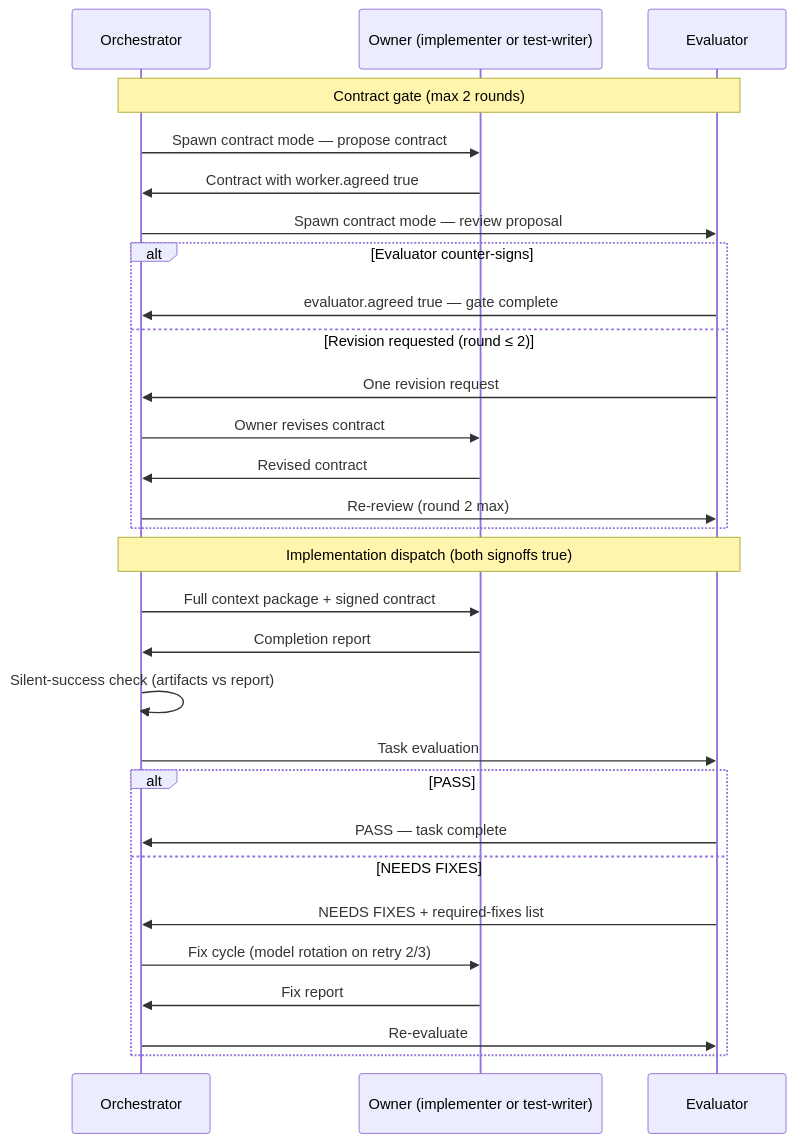
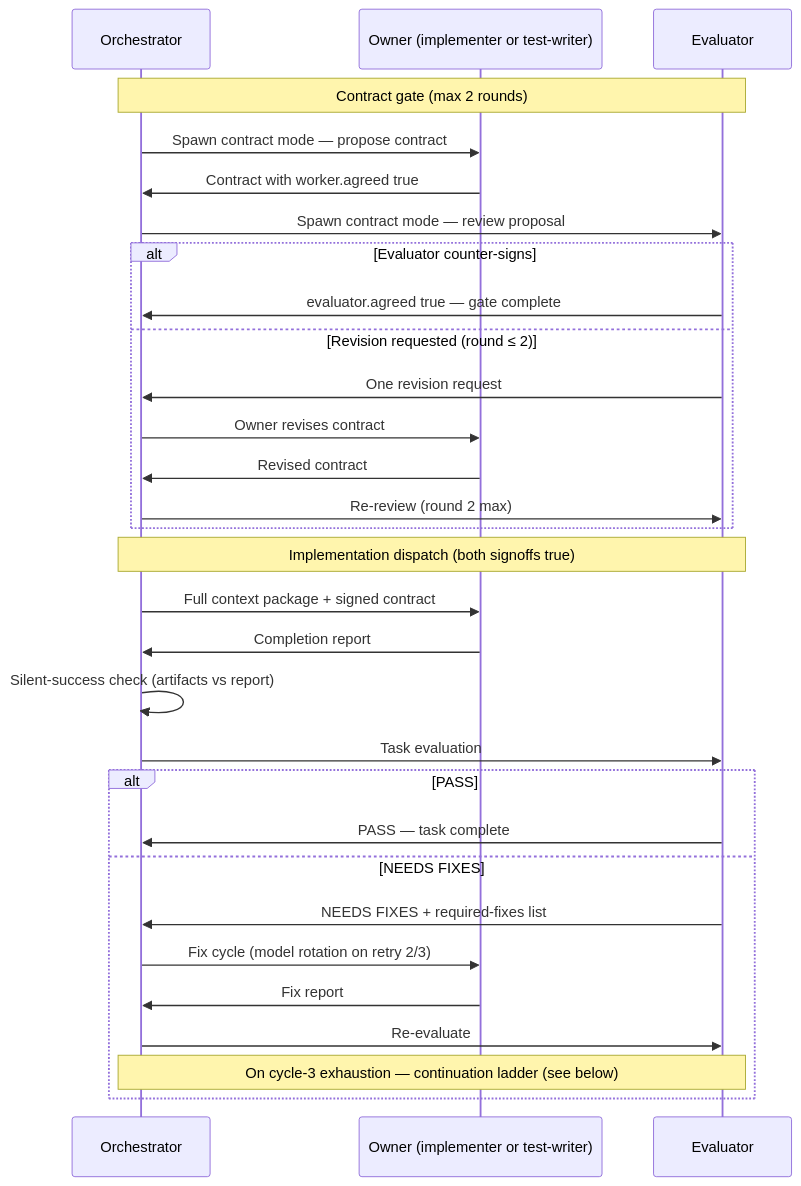
One commit to kdcllc/skills changed the second of 2 diagrams in docs/guide/feature-workflow.md. Above: the diagram before and after it, drawn with Mermaid. The commit also changed other lines of this file and 7 other files, not shown here.

First line of the commit message:
docs: Update documentation for kit v0.20.0 — introduce six subagents, Phase 4 continuation ladder, and failure-class taxonomy

````diff
--- a/docs/guide/feature-workflow.md
+++ b/docs/guide/feature-workflow.md
@@ -79,33 +83,34 @@
 ```mermaid
 sequenceDiagram
     participant O as Orchestrator
     participant W as Owner (implementer or test-writer)
     participant E as Evaluator
 
     Note over O,E: Contract gate (max 2 rounds)
     O->>W: Spawn contract mode — propose contract
     W->>O: Contract with worker.agreed true
     O->>E: Spawn contract mode — review proposal
     alt Evaluator counter-signs
         E->>O: evaluator.agreed true — gate complete
     else Revision requested (round ≤ 2)
         E->>O: One revision request
         O->>W: Owner revises contract
         W->>O: Revised contract
         O->>E: Re-review (round 2 max)
     end
 
     Note over O,E: Implementation dispatch (both signoffs true)
     O->>W: Full context package + signed contract
     W->>O: Completion report
     O->>O: Silent-success check (artifacts vs report)
     O->>E: Task evaluation
     alt PASS
         E->>O: PASS — task complete
     else NEEDS FIXES
         E->>O: NEEDS FIXES + required-fixes list
         O->>W: Fix cycle (model rotation on retry 2/3)
         W->>O: Fix report
         O->>E: Re-evaluate
+        Note over O,E: On cycle-3 exhaustion — continuation ladder (see below)
     end
 ```
````
